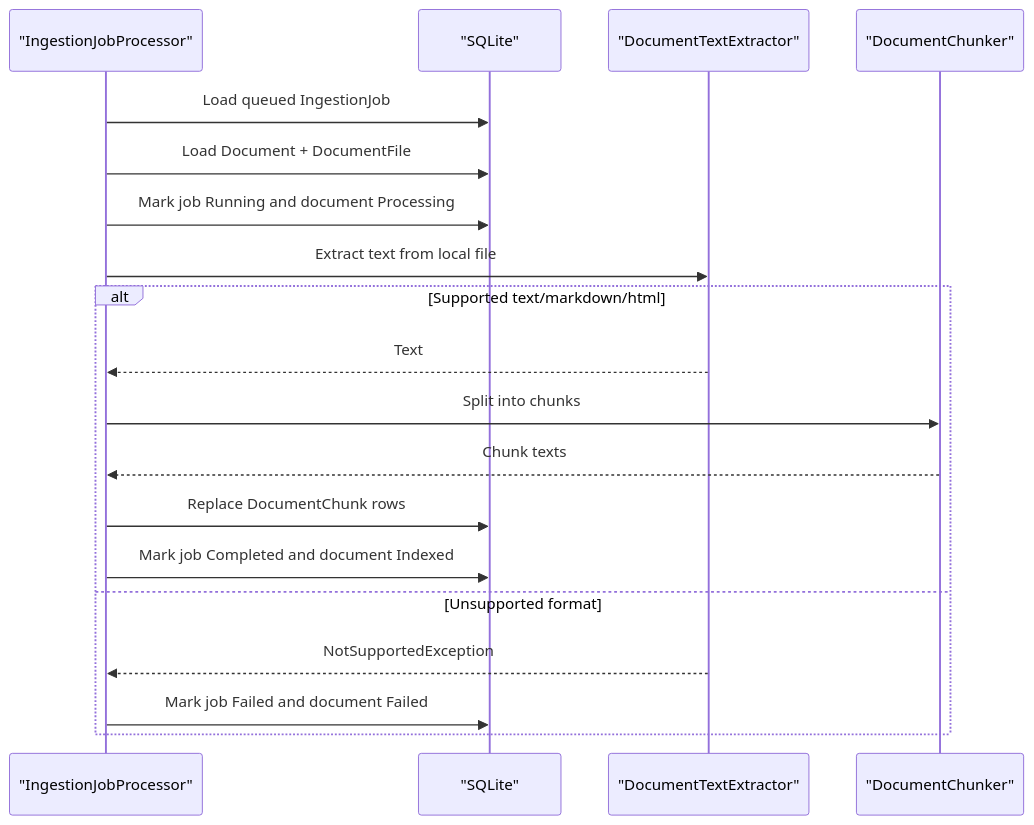
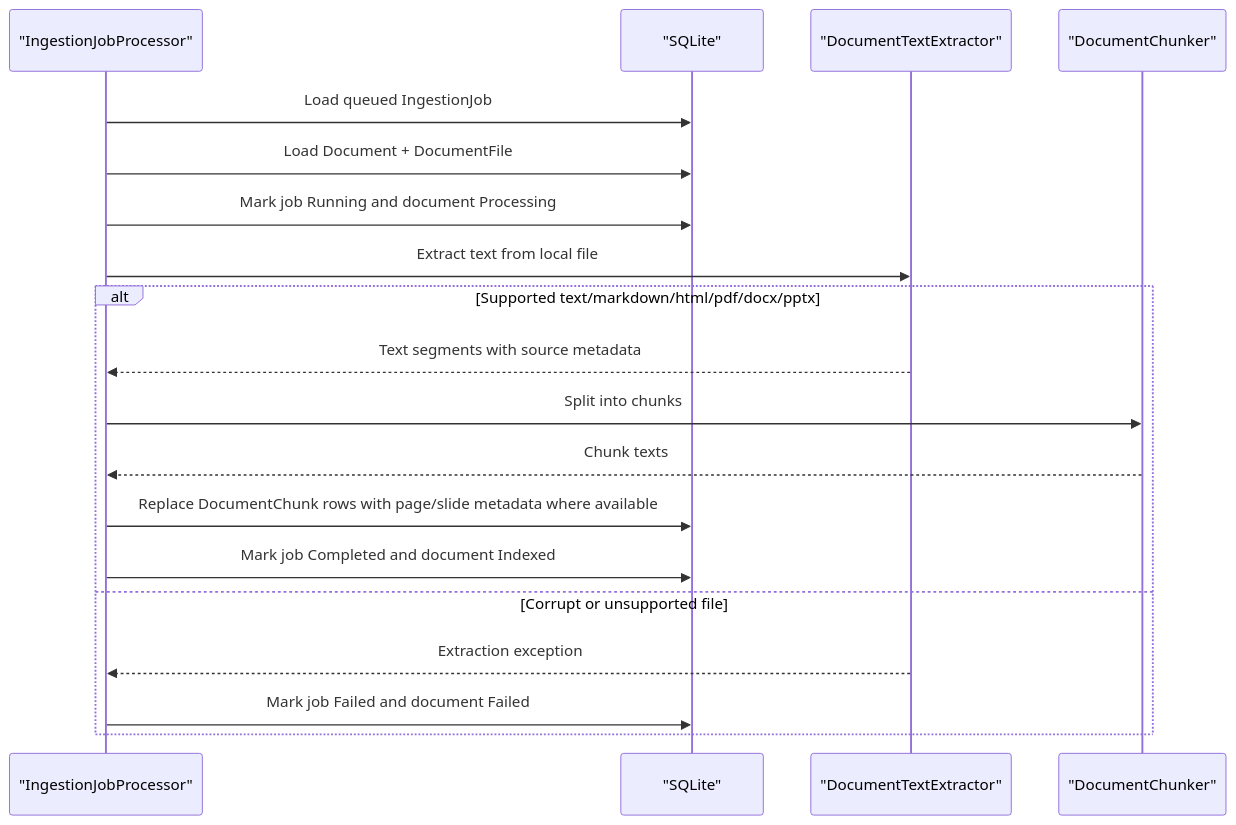
One commit to Ermolz69/localmind-rag changed the third of 3 diagrams in docs/rag-pipeline.md. Above: the diagram before and after it, drawn with Mermaid. The commit also changed other lines of this file and 7 other files, not shown here.

````diff
--- a/docs/rag-pipeline.md
+++ b/docs/rag-pipeline.md
@@ -64,22 +64,22 @@
 ```mermaid
 sequenceDiagram
     participant Processor as "IngestionJobProcessor"
     participant DB as "SQLite"
     participant Extractor as "DocumentTextExtractor"
     participant Chunker as "DocumentChunker"
 
     Processor->>DB: Load queued IngestionJob
     Processor->>DB: Load Document + DocumentFile
     Processor->>DB: Mark job Running and document Processing
     Processor->>Extractor: Extract text from local file
-    alt Supported text/markdown/html
-        Extractor-->>Processor: Text
+    alt Supported text/markdown/html/pdf/docx/pptx
+        Extractor-->>Processor: Text segments with source metadata
         Processor->>Chunker: Split into chunks
         Chunker-->>Processor: Chunk texts
-        Processor->>DB: Replace DocumentChunk rows
+        Processor->>DB: Replace DocumentChunk rows with page/slide metadata where available
         Processor->>DB: Mark job Completed and document Indexed
-    else Unsupported format
-        Extractor-->>Processor: NotSupportedException
+    else Corrupt or unsupported file
+        Extractor-->>Processor: Extraction exception
         Processor->>DB: Mark job Failed and document Failed
     end
 ```
````
